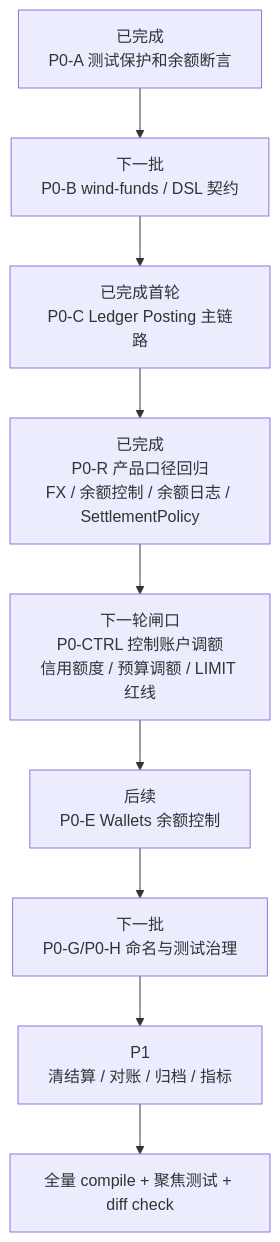
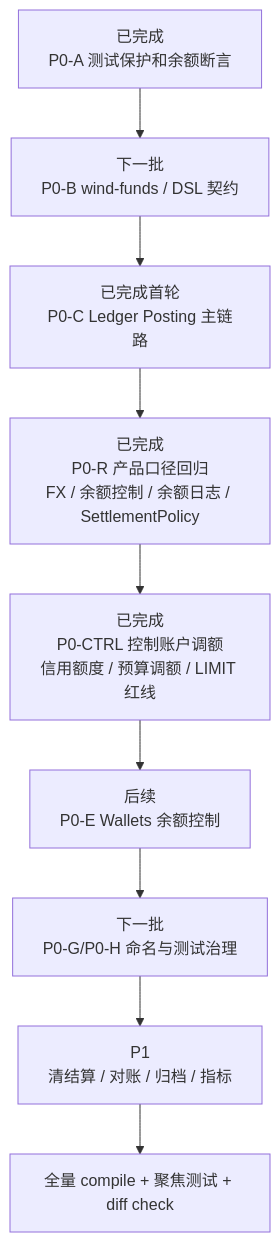
The diagram in docs/v5/系分设计/P0 编码任务拆分.md (fengwuxp/wind-funds), drawn with Mermaid before and after one commit. The commit also changed other lines of this file and 2 other files, not shown here.

Commit message:
test(transaction): 收尾 P0-CTRL 红线
补齐 chargeback 和 fee 服务门面不触碰 LIMIT 的红线断言，并同步 P0-CTRL 任务状态。

````diff
--- a/docs/v5/系分设计/P0 编码任务拆分.md
+++ b/docs/v5/系分设计/P0 编码任务拆分.md
@@ -278,11 +278,11 @@
 ```mermaid
 flowchart TD
     A["已完成\nP0-A 测试保护和余额断言"] --> B["下一批\nP0-B wind-funds / DSL 契约"]
     B --> C["已完成首轮\nP0-C Ledger Posting 主链路"]
     C --> R["已完成\nP0-R 产品口径回归\nFX / 余额控制 / 余额日志 / SettlementPolicy"]
-    R --> CTRL["下一轮闸口\nP0-CTRL 控制账户调额\n信用额度 / 预算调额 / LIMIT 红线"]
+    R --> CTRL["已完成\nP0-CTRL 控制账户调额\n信用额度 / 预算调额 / LIMIT 红线"]
     CTRL --> D["后续\nP0-E Wallets 余额控制"]
     D --> H["下一批\nP0-G/P0-H 命名与测试治理"]
     H --> E["P1\n清结算 / 对账 / 归档 / 指标"]
     E --> G["全量 compile + 聚焦测试 + diff check"]
 ```
````
